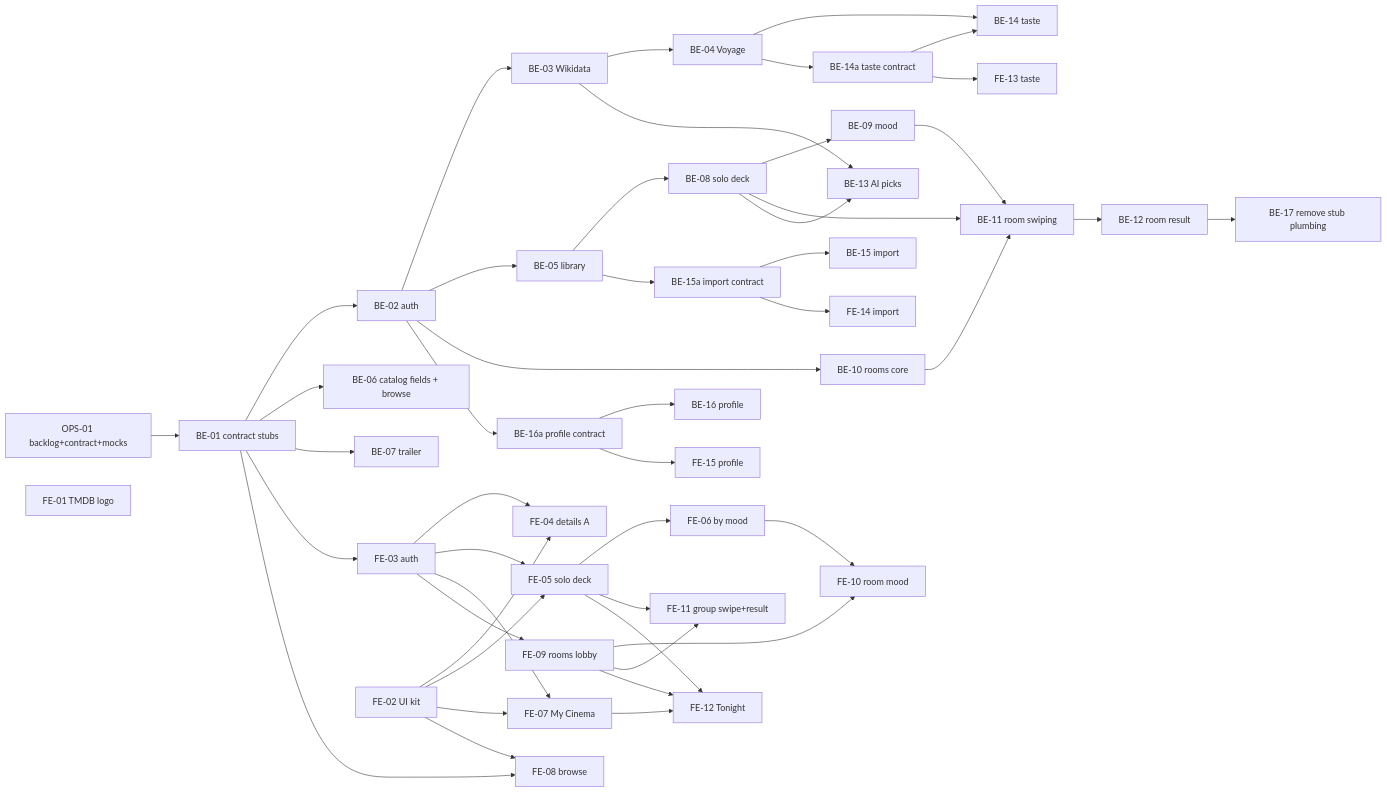
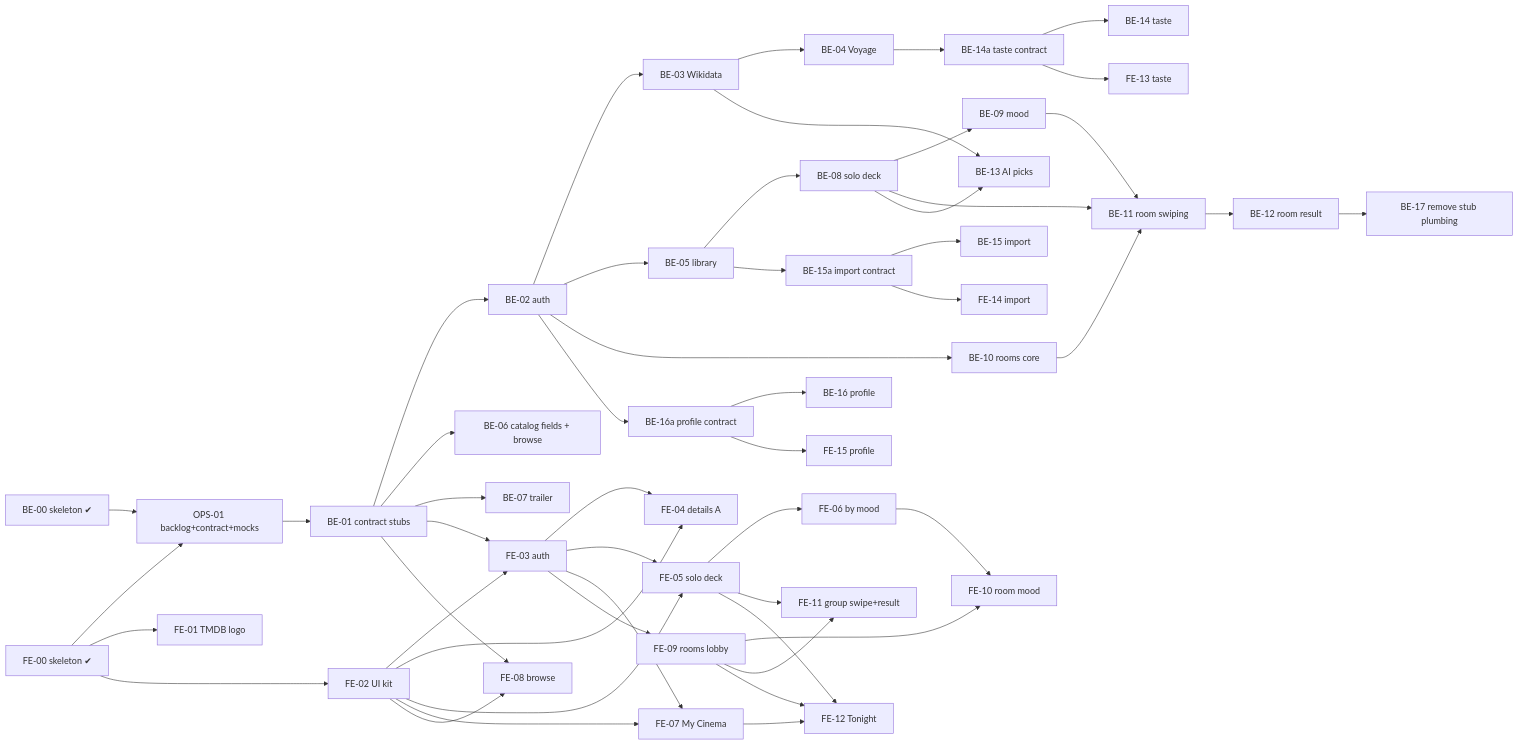
One commit to osamashtayat/lthaca changed the diagram in docs/backlog.md. Above: the diagram before and after it, drawn with Mermaid. The commit also changed other lines of this file and 4 other files, not shown here.

First line of the commit message:
Backlog in FlowOps PHASE1_TASKS format; fetch allowed in src/mocks

````diff
--- a/docs/backlog.md
+++ b/docs/backlog.md
@@ -19,30 +20,29 @@
 ```mermaid
 flowchart LR
-  OPS01[OPS-01 backlog+contract+mocks] --> BE01[BE-01 contract stubs]
+  BE00[BE-00 skeleton ✔] --> OPS01[OPS-01 backlog+contract+mocks] --> BE01[BE-01 contract stubs]
+  FE00[FE-00 skeleton ✔] --> OPS01
   BE01 --> BE02[BE-02 auth] --> BE03[BE-03 Wikidata] --> BE04[BE-04 Voyage]
   BE02 --> BE05[BE-05 library] --> BE08[BE-08 solo deck] --> BE09[BE-09 mood]
   BE01 --> BE06[BE-06 catalog fields + browse]
   BE01 --> BE07[BE-07 trailer]
   BE02 --> BE10[BE-10 rooms core] --> BE11[BE-11 room swiping] --> BE12[BE-12 room result]
   BE08 --> BE11
   BE09 --> BE11
-  BE03 --> BE13[BE-13 AI picks]
-  BE08 --> BE13
-  BE04 --> BE14[BE-14 taste]
-  BE04 --> BE14a[BE-14a taste contract] --> BE14
+  BE03 & BE08 --> BE13[BE-13 AI picks]
+  BE04 --> BE14a[BE-14a taste contract] --> BE14[BE-14 taste]
   BE05 --> BE15a[BE-15a import contract] --> BE15[BE-15 import]
   BE02 --> BE16a[BE-16a profile contract] --> BE16[BE-16 profile]
   BE12 --> BE17[BE-17 remove stub plumbing]
 
+  FE00 --> FE01[FE-01 TMDB logo] & FE02[FE-02 UI kit]
   BE01 --> FE03[FE-03 auth] & FE08[FE-08 browse]
-  FE02[FE-02 UI kit] --> FE04[FE-04 details A] & FE05[FE-05 solo deck] & FE07[FE-07 My Cinema] & FE08
+  FE02 --> FE03 & FE04[FE-04 details A] & FE05[FE-05 solo deck] & FE07[FE-07 My Cinema] & FE08
   FE03 --> FE04 & FE05 & FE07 & FE09[FE-09 rooms lobby]
   FE05 --> FE06[FE-06 by mood] & FE11[FE-11 group swipe+result]
   FE09 --> FE10[FE-10 room mood] & FE11
   FE06 --> FE10
   FE05 & FE07 & FE09 --> FE12[FE-12 Tonight]
   BE14a --> FE13[FE-13 taste]
   BE15a --> FE14[FE-14 import]
   BE16a --> FE15[FE-15 profile]
-  FE01[FE-01 TMDB logo]
 ```
````
